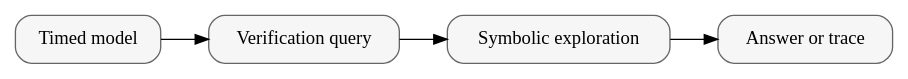
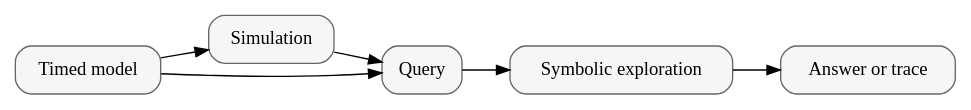
Before and after one commit to HansBug/pyudbm: the second of 2 diagrams in docs/source/foundations/what-is-uppaal/index.rst, drawn with Graphviz. The commit also changed other lines of this file and 9 other files, not shown here.

```diff
--- a/docs/source/foundations/what-is-uppaal/index.rst
+++ b/docs/source/foundations/what-is-uppaal/index.rst
@@ -109,11 +103,15 @@
 .. graphviz::
 
    digraph uppaal_overview {
        rankdir=LR;
        node [shape=box, style="rounded,filled", fillcolor="#f6f6f6", color="#666666"];
        model [label="Timed model"];
-       query [label="Verification query"];
+       sim [label="Simulation"];
+       query [label="Query"];
        engine [label="Symbolic exploration"];
        result [label="Answer or trace"];
-       model -> query -> engine -> result;
+       model -> sim;
+       model -> query;
+       sim -> query;
+       query -> engine -> result;
    }
```
